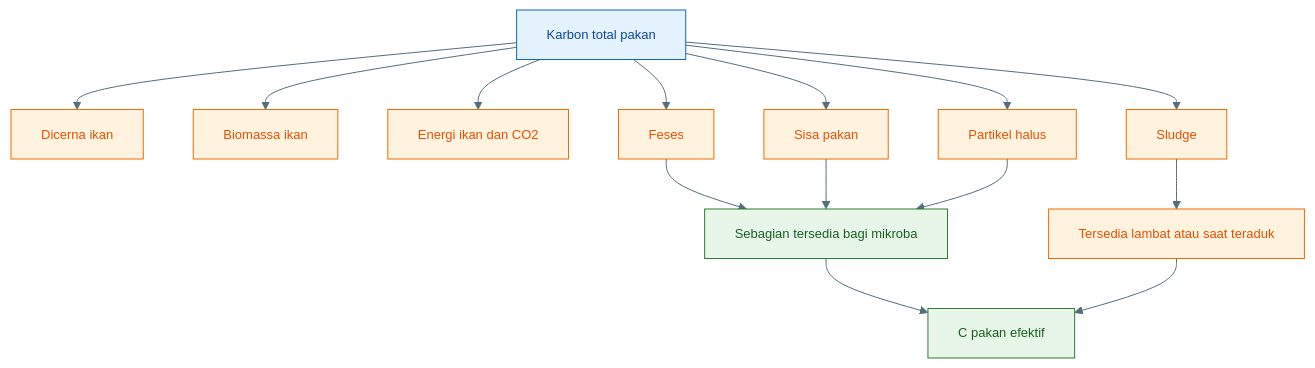
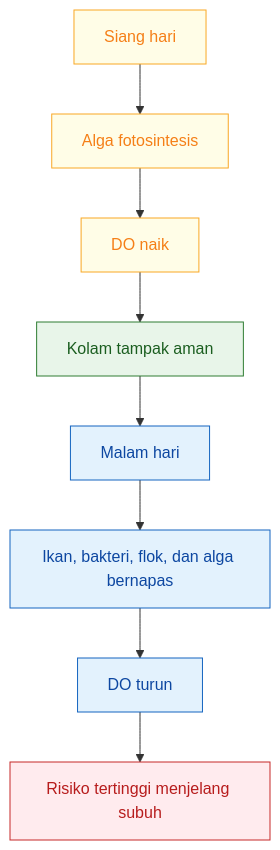
The eighth of 22 diagrams in content/blog/agri/perikanan/ratio-cn-rendah-biflok.mdx (slametsampon/kawruhnology), drawn with Mermaid before and after one commit. The commit also changed other lines of this file, not shown here.

````diff
--- a/content/blog/agri/perikanan/ratio-cn-rendah-biflok.mdx
+++ b/content/blog/agri/perikanan/ratio-cn-rendah-biflok.mdx
@@ -1693,39 +1267,20 @@
-```mermaid id="karbon-pakan-total-ke-efektif"
-%%{init: {'theme':'base','themeVariables':{
-'primaryColor':'#E3F2FD',
-'primaryTextColor':'#0D47A1',
-'primaryBorderColor':'#1565C0',
-'secondaryColor':'#E8F5E9',
-'secondaryTextColor':'#1B5E20',
-'secondaryBorderColor':'#2E7D32',
-'tertiaryColor':'#FFF3E0',
-'tertiaryTextColor':'#E65100',
-'tertiaryBorderColor':'#EF6C00',
-'lineColor':'#546E7A',
-'fontSize':'13px'
-}}}%%
+```mermaid id="m0xsia"
 flowchart TD
-    A["Karbon total pakan"] --> B["Dicerna ikan"]
-    A --> C["Biomassa ikan"]
-    A --> D["Energi ikan dan CO2"]
-    A --> E["Feses"]
-    A --> F["Sisa pakan"]
-    A --> G["Partikel halus"]
-    A --> H["Sludge"]
+    A["Siang hari"] --> B["Alga fotosintesis"]
+    B --> C["DO naik"]
+    C --> D["Kolam tampak aman"]
+    D --> E["Malam hari"]
+    E --> F["Ikan, bakteri, flok, dan alga bernapas"]
+    F --> G["DO turun"]
+    G --> H["Risiko tertinggi menjelang subuh"]
 
-    E --> I["Sebagian tersedia bagi mikroba"]
-    F --> I
-    G --> I
-    H --> J["Tersedia lambat atau saat teraduk"]
+    classDef day fill:#fffde7,stroke:#f9a825,color:#f57f17;
+    classDef safe fill:#e8f5e9,stroke:#2e7d32,color:#1b5e20;
+    classDef night fill:#e3f2fd,stroke:#1565c0,color:#0d47a1;
+    classDef risk fill:#ffebee,stroke:#c62828,color:#b71c1c;
 
-    I --> K["C pakan efektif"]
-    J --> K
-
-    classDef total fill:#E3F2FD,stroke:#1565C0,color:#0D47A1;
-    classDef nonaktif fill:#FFF3E0,stroke:#EF6C00,color:#E65100;
-    classDef efektif fill:#E8F5E9,stroke:#2E7D32,color:#1B5E20;
-
-    class A total;
-    class B,C,D,E,F,G,H,J nonaktif;
-    class I,K efektif;
+    class A,B,C day;
+    class D safe;
+    class E,F,G night;
+    class H risk;
 ```
````
